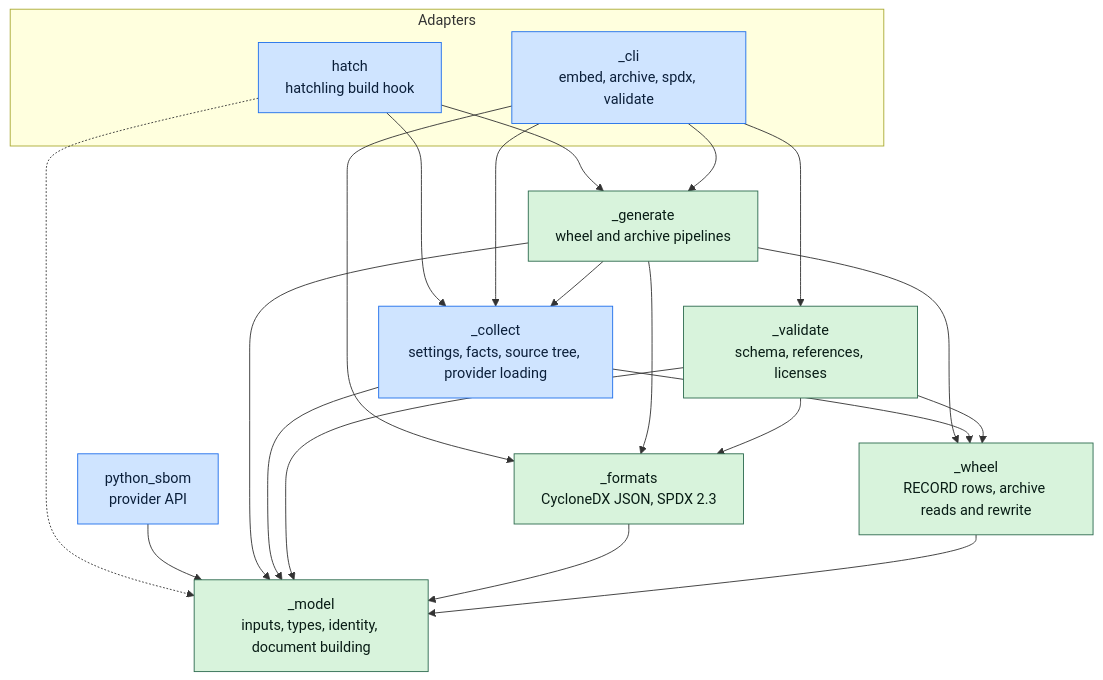
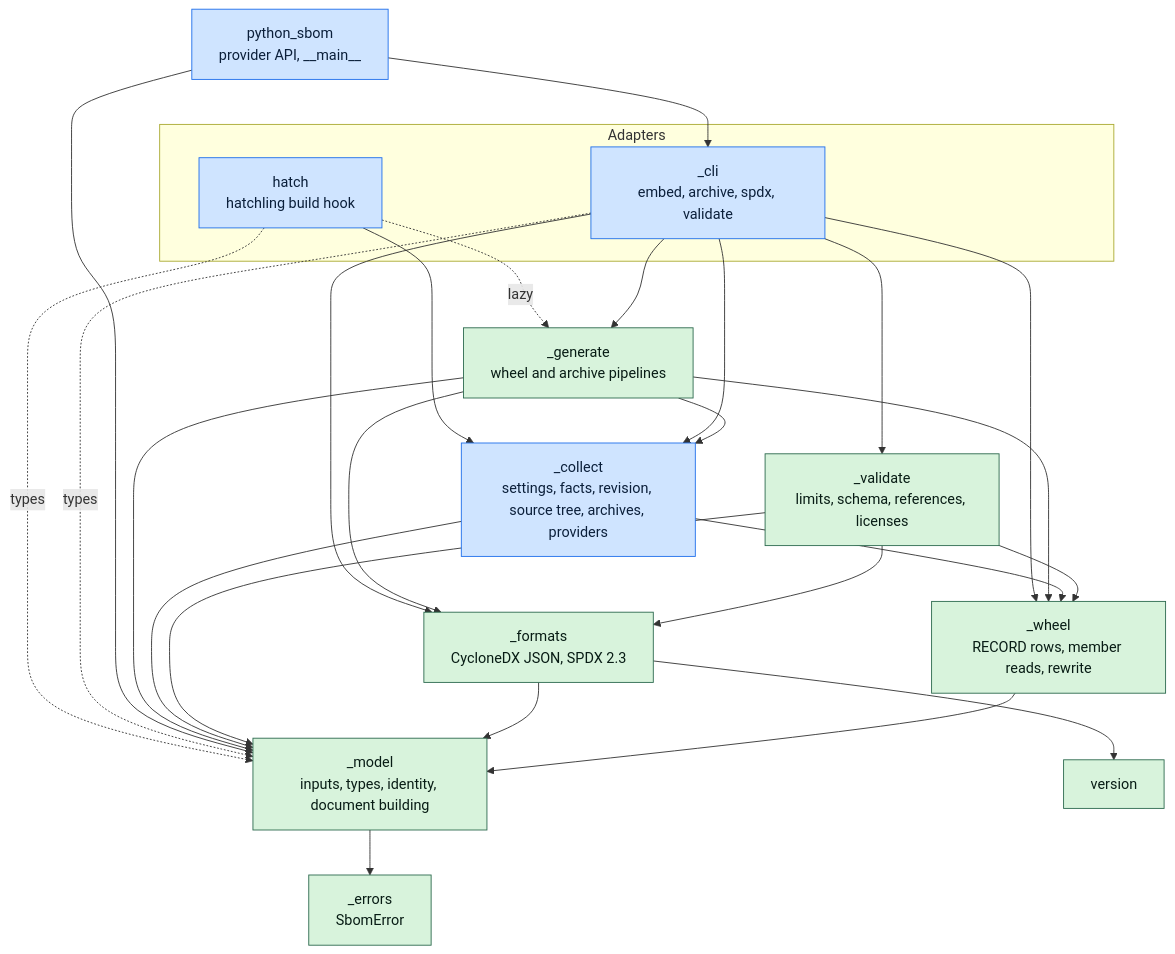
Before and after one commit to tox-dev/hatch-pep770: the diagram in docs/explanation.rst, drawn with Mermaid. The commit also changed other lines of this file and 3 other files, not shown here.

First line of the commit message:
📝 docs: redraw the architecture from the imports

```diff
--- a/docs/explanation.rst
+++ b/docs/explanation.rst
@@ -16,37 +19,44 @@
 .. mermaid::
 
     flowchart TB
         subgraph adapters[Adapters]
             hook[hatch<br/>hatchling build hook]
             cli[_cli<br/>embed, archive, spdx, validate]
         end
-        api[python_sbom<br/>provider API]
+        api[python_sbom<br/>provider API, __main__]
         generate[_generate<br/>wheel and archive pipelines]
-        collect[_collect<br/>settings, facts, source tree, provider loading]
-        validate[_validate<br/>schema, references, licenses]
+        collect[_collect<br/>settings, facts, revision, source tree, archives, providers]
+        validate[_validate<br/>limits, schema, references, licenses]
         formats[_formats<br/>CycloneDX JSON, SPDX 2.3]
-        wheel[_wheel<br/>RECORD rows, archive reads and rewrite]
+        wheel[_wheel<br/>RECORD rows, member reads, rewrite]
         model[_model<br/>inputs, types, identity, document building]
-        hook --> generate
+        errors[_errors<br/>SbomError]
+        version[version]
         hook --> collect
-        hook -.-> model
+        hook -. lazy .-> generate
+        hook -. types .-> model
         cli --> generate
         cli --> collect
         cli --> validate
         cli --> formats
+        cli --> wheel
+        cli -. types .-> model
+        api --> cli
         api --> model
         generate --> collect
         generate --> formats
         generate --> wheel
         generate --> model
         collect --> wheel
         collect --> model
         validate --> formats
         validate --> wheel
         validate --> model
         formats --> model
+        formats --> version
         wheel --> model
+        model --> errors
         classDef edge fill:#cfe4ff,stroke:#1f6feb,color:#0b1f3a;
         classDef core fill:#d8f3dc,stroke:#2d6a4f,color:#081c15;
         class hook,cli,collect,api edge;
-        class generate,validate,formats,wheel,model core;
+        class generate,validate,formats,wheel,model,errors,version core;
```
